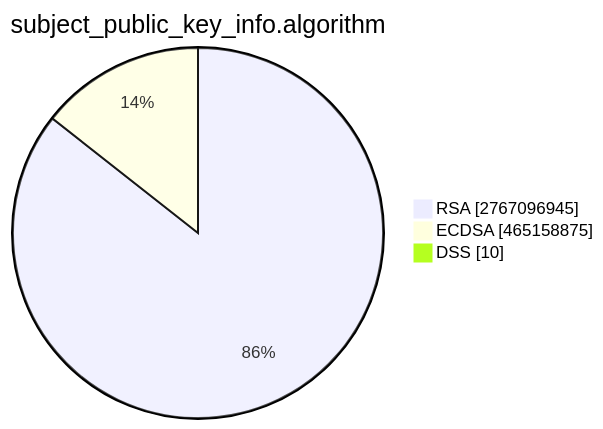
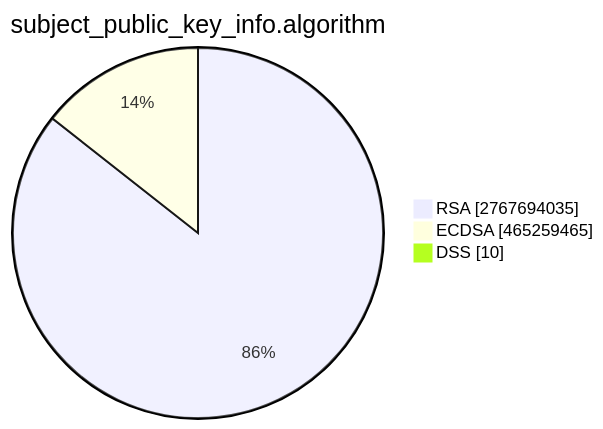
Before and after one commit to christiankrug/ctmonitor_visualization: the second of 15 diagrams in TOTAL/README.md, drawn with Mermaid. The commit also changed other lines of this file, not shown here.

````diff
--- a/TOTAL/README.md
+++ b/TOTAL/README.md
@@ -6,7 +6,7 @@
 ```mermaid
 pie showData
 title subject_public_key_info.algorithm
-"RSA" :2767096945
-"ECDSA" :465158875
+"RSA" :2767694035
+"ECDSA" :465259465
 "DSS" :10
 ```
````
